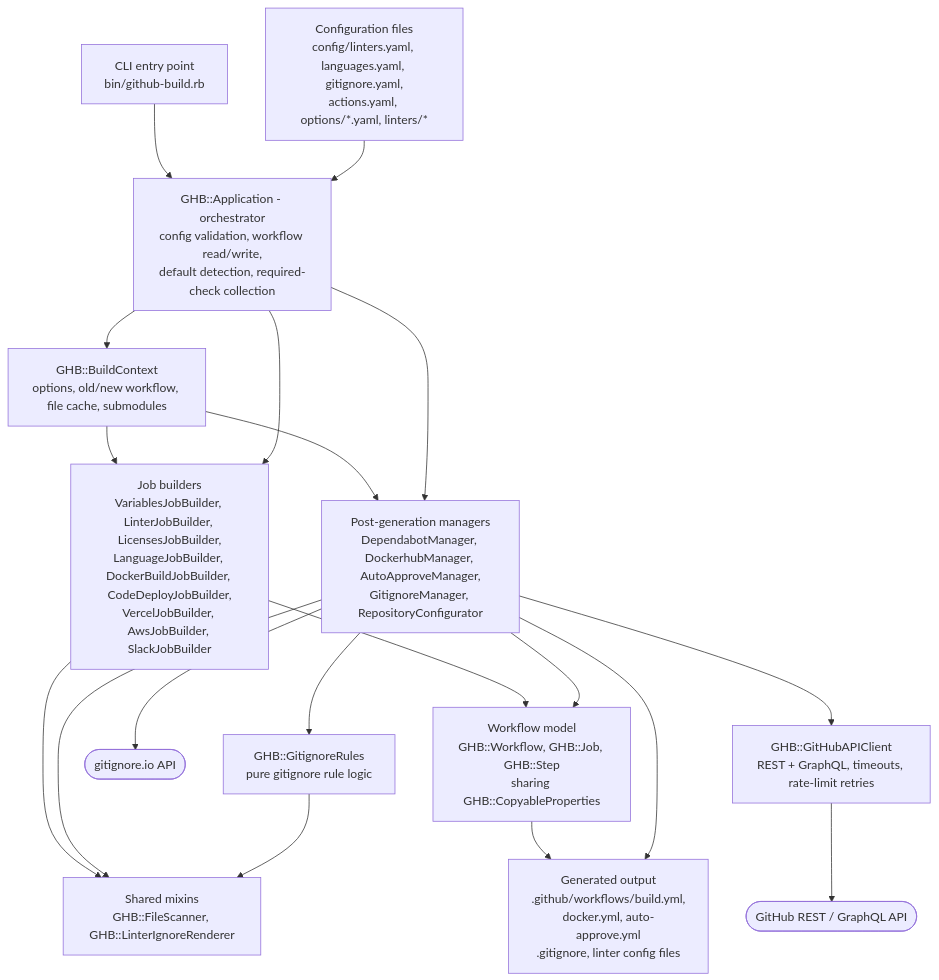
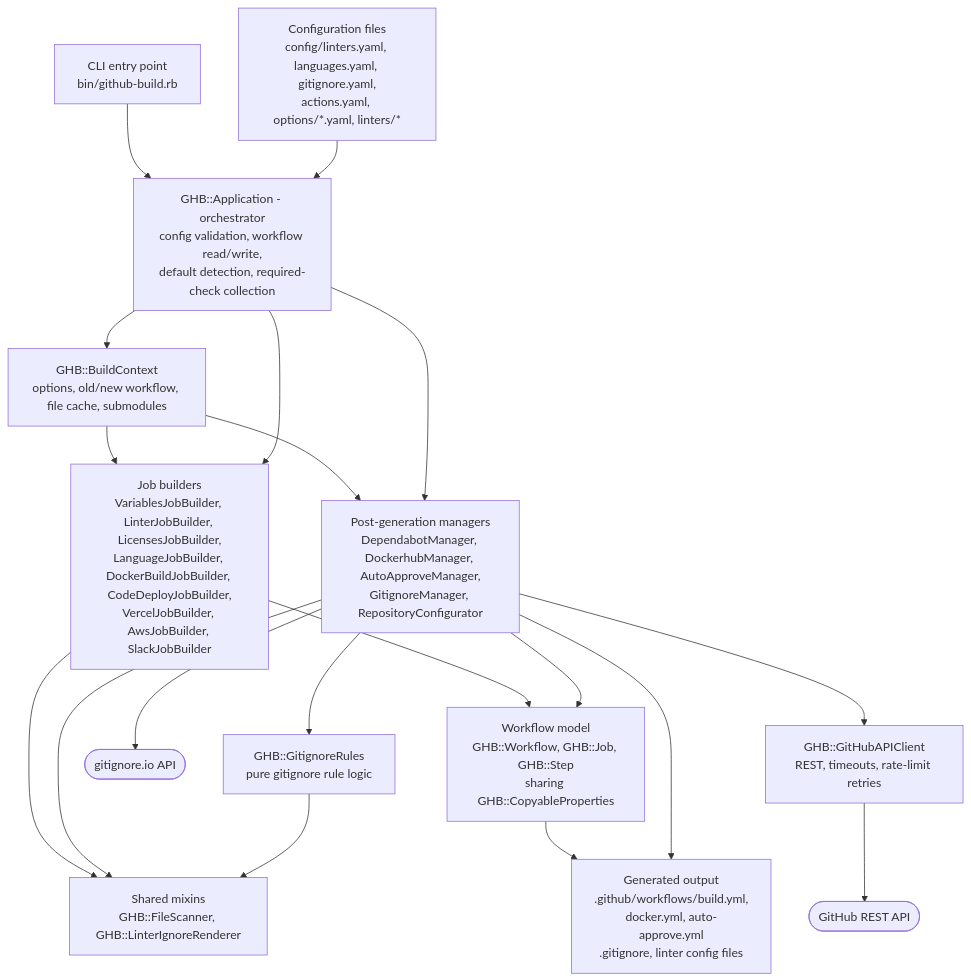
The diagram in docs/architecture.md (Cloud-Officer/github-build), drawn with Mermaid before and after one commit. The commit also changed other lines of this file and 6 other files, not shown here.

````diff
--- a/docs/architecture.md
+++ b/docs/architecture.md
@@ -13,22 +13,22 @@
 ```mermaid
 flowchart TD
     CLI["CLI entry point<br>bin/github-build.rb"] --> APP
     CFG["Configuration files<br>config/linters.yaml, languages.yaml, gitignore.yaml,<br>actions.yaml, options/*.yaml, linters/*"] --> APP
     APP["GHB::Application - orchestrator<br>config validation, workflow read/write,<br>default detection, required-check collection"]
     APP --> CTX["GHB::BuildContext<br>options, old/new workflow, file cache, submodules"]
     CTX --> BUILDERS
     CTX --> MANAGERS
     APP --> BUILDERS["Job builders<br>VariablesJobBuilder, LinterJobBuilder, LicensesJobBuilder,<br>LanguageJobBuilder, DockerBuildJobBuilder, CodeDeployJobBuilder,<br>VercelJobBuilder, AwsJobBuilder, SlackJobBuilder"]
     APP --> MANAGERS["Post-generation managers<br>DependabotManager, DockerhubManager, AutoApproveManager,<br>GitignoreManager, RepositoryConfigurator"]
     BUILDERS --> MIXINS["Shared mixins<br>GHB::FileScanner, GHB::LinterIgnoreRenderer"]
     MANAGERS --> MIXINS
     MANAGERS --> RULES["GHB::GitignoreRules<br>pure gitignore rule logic"]
     RULES --> MIXINS
-    MANAGERS --> API["GHB::GitHubAPIClient<br>REST + GraphQL, timeouts, rate-limit retries"]
-    API --> GITHUB(["GitHub REST / GraphQL API"])
+    MANAGERS --> API["GHB::GitHubAPIClient<br>REST, timeouts, rate-limit retries"]
+    API --> GITHUB(["GitHub REST API"])
     MANAGERS --> GIO(["gitignore.io API"])
     BUILDERS --> MODEL["Workflow model<br>GHB::Workflow, GHB::Job, GHB::Step<br>sharing GHB::CopyableProperties"]
     MANAGERS --> MODEL
     MODEL --> OUT["Generated output<br>.github/workflows/build.yml,<br>docker.yml, auto-approve.yml<br>.gitignore, linter config files"]
     MANAGERS --> OUT
 ```
````
